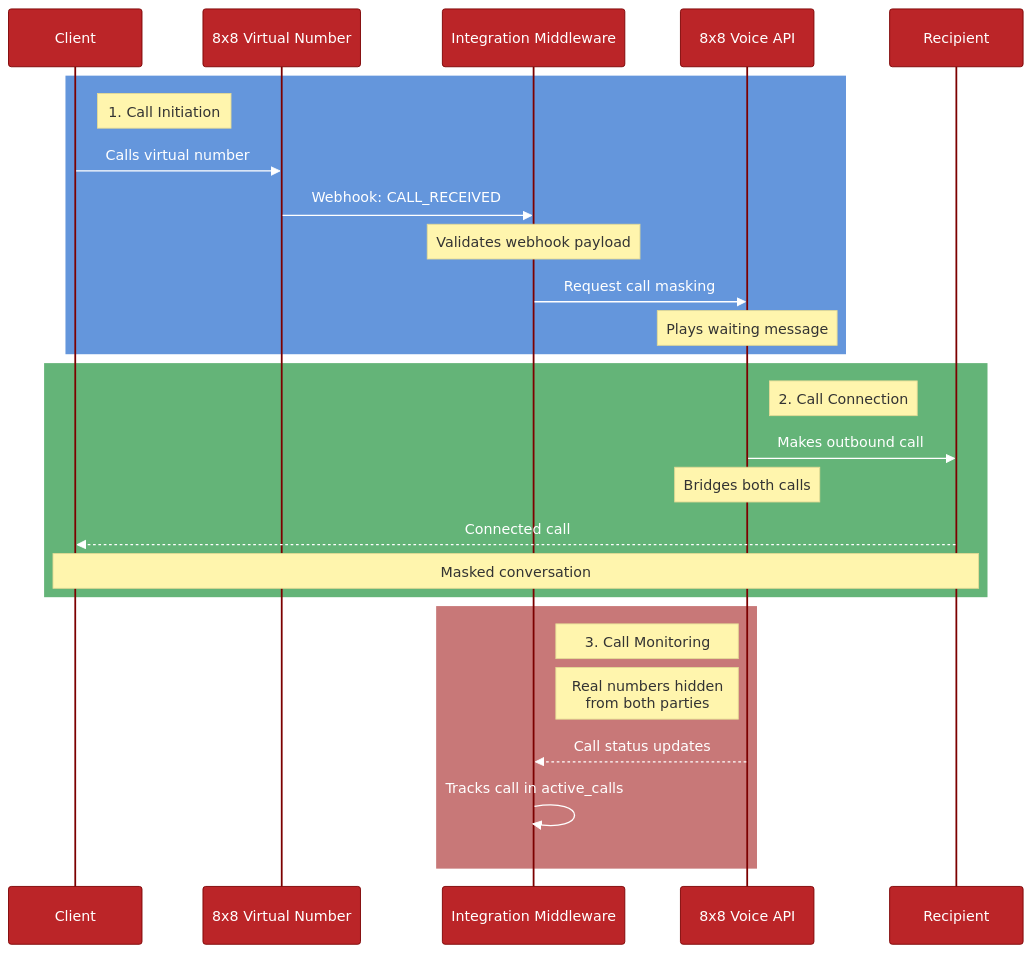
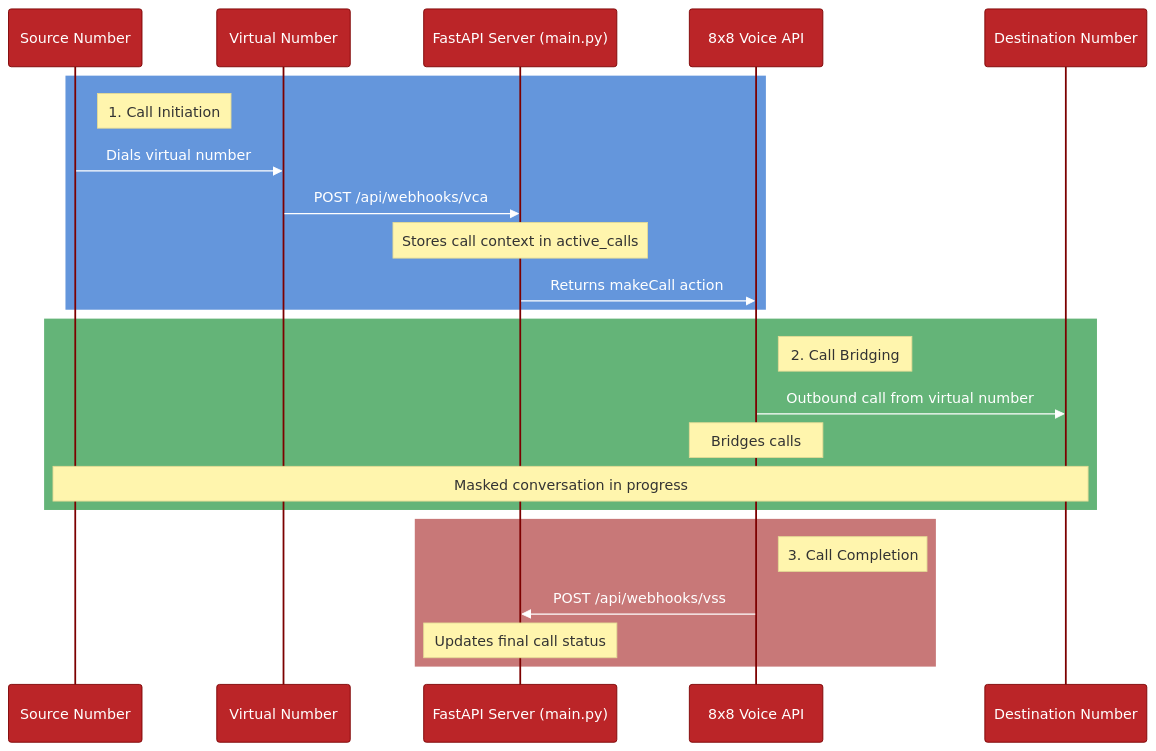
The diagram in CALL_FLOW.md (harrism04/voice_call_masking), drawn with Mermaid before and after one commit. The commit also changed other lines of this file, not shown here.

````diff
--- a/CALL_FLOW.md
+++ b/CALL_FLOW.md
@@ -5,48 +5,45 @@
 ```mermaid
 %%{init: {
   'theme': 'base', 
   'themeVariables': {
     'primaryColor': '#BB2528',
     'primaryTextColor': '#fff',
     'primaryBorderColor': '#7C0000',
     'lineColor': '#F8B229',
     'secondaryColor': '#006100',
     'tertiaryColor': '#fff',
     'textColor': '#fff',
     'noteTextColor': '#333',
     'noteBkgColor': '#fff5ad',
     'edgeLabelBackground': 'rgba(0,0,0,0.5)',
     'background': 'transparent'
   }
 }}%%
 sequenceDiagram
-    participant Caller as Client
-    participant ProxyNumber as 8x8 Virtual Number
-    participant Server as Integration Middleware
-    participant VoiceAPI as 8x8 Voice API
-    participant Recipient as Recipient
+    participant Source as Source Number
+    participant VNumber as Virtual Number
+    participant Server as FastAPI Server (main.py)
+    participant Voice8x8 as 8x8 Voice API
+    participant Dest as Destination Number
 
     rect rgb(100, 150, 220)
-        note right of Caller: 1. Call Initiation
-        Caller->>ProxyNumber: Calls virtual number
-        ProxyNumber->>Server: Webhook: CALL_RECEIVED
-        Note over Server: Validates webhook payload
-        Server->>VoiceAPI: Request call masking
-        Note over VoiceAPI: Plays waiting message
+        note right of Source: 1. Call Initiation
+        Source->>VNumber: Dials virtual number
+        VNumber->>Server: POST /api/webhooks/vca
+        Note over Server: Stores call context in active_calls
+        Server->>Voice8x8: Returns makeCall action
     end
 
     rect rgb(100, 180, 120)
-        note right of VoiceAPI: 2. Call Connection
-        VoiceAPI->>Recipient: Makes outbound call
-        Note over VoiceAPI: Bridges both calls
-        Recipient-->>Caller: Connected call
-        Note over Caller,Recipient: Masked conversation
+        note right of Voice8x8: 2. Call Bridging
+        Voice8x8->>Dest: Outbound call from virtual number
+        Note over Voice8x8: Bridges calls
+        Note over Source,Dest: Masked conversation in progress
     end
 
     rect rgb(200, 120, 120)
-        note right of Server: 3. Call Monitoring
-        Note right of Server: Real numbers hidden<br/>from both parties
-        VoiceAPI-->>Server: Call status updates
-        Server->>Server: Tracks call in active_calls
+        note right of Voice8x8: 3. Call Completion
+        Voice8x8->>Server: POST /api/webhooks/vss
+        Note over Server: Updates final call status
     end
 ```
````
